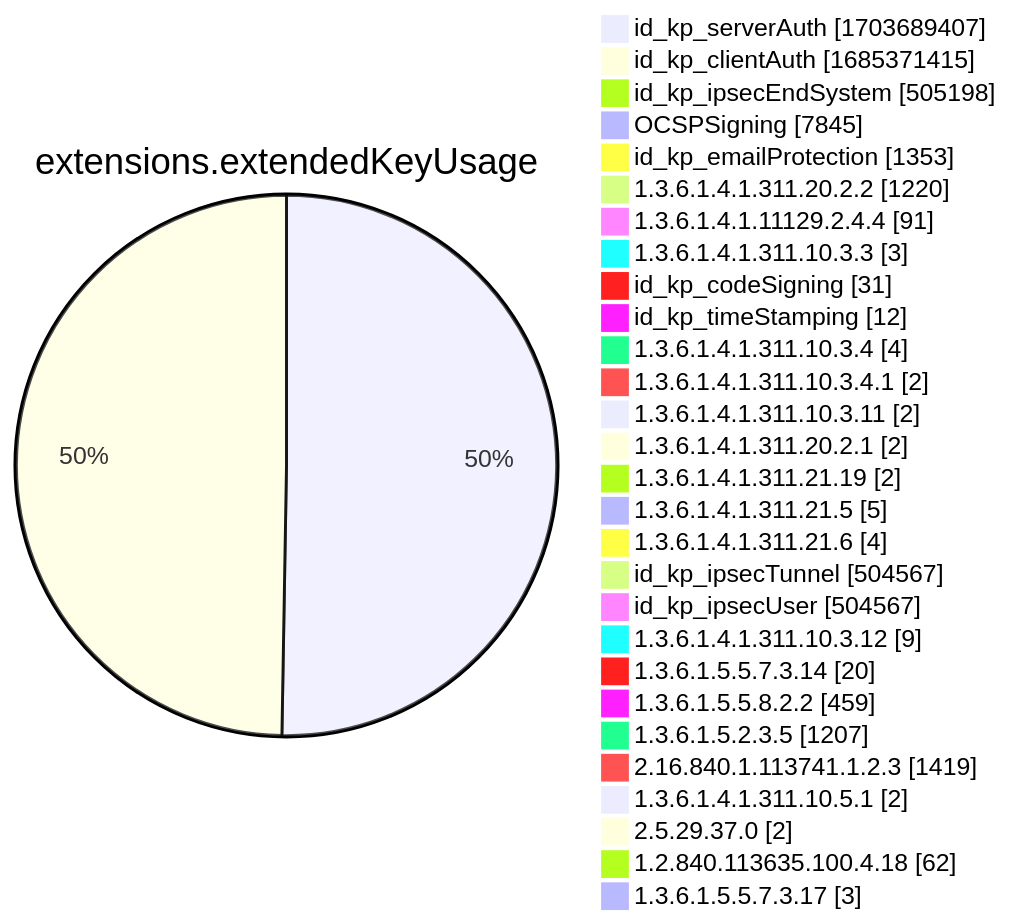
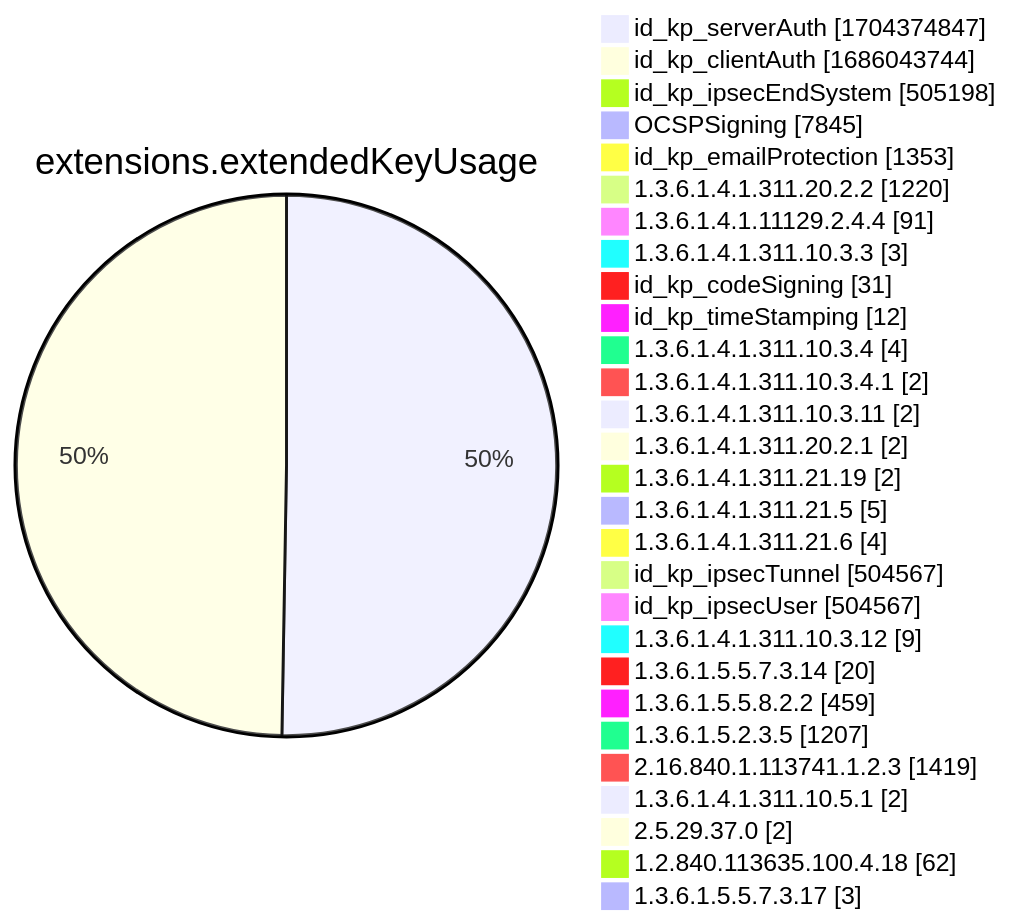
Before and after one commit to christiankrug/ctmonitor_visualization: diagram 12 of 15 in xenon2022/README.md, drawn with Mermaid. The commit also changed other lines of this file, not shown here.

````diff
--- a/xenon2022/README.md
+++ b/xenon2022/README.md
@@ -3888,32 +3888,32 @@
 ```mermaid
 pie showData
 title extensions.extendedKeyUsage
-"id_kp_serverAuth" :1703689407
-"id_kp_clientAuth" :1685371415
+"id_kp_serverAuth" :1704374847
+"id_kp_clientAuth" :1686043744
 "id_kp_ipsecEndSystem" :505198
 "OCSPSigning" :7845
 "id_kp_emailProtection" :1353
 "1.3.6.1.4.1.311.20.2.2" :1220
 "1.3.6.1.4.1.11129.2.4.4" :91
 "1.3.6.1.4.1.311.10.3.3" :3
 "id_kp_codeSigning" :31
 "id_kp_timeStamping" :12
 "1.3.6.1.4.1.311.10.3.4" :4
 "1.3.6.1.4.1.311.10.3.4.1" :2
 "1.3.6.1.4.1.311.10.3.11" :2
 "1.3.6.1.4.1.311.20.2.1" :2
 "1.3.6.1.4.1.311.21.19" :2
 "1.3.6.1.4.1.311.21.5" :5
 "1.3.6.1.4.1.311.21.6" :4
 "id_kp_ipsecTunnel" :504567
 "id_kp_ipsecUser" :504567
 "1.3.6.1.4.1.311.10.3.12" :9
 "1.3.6.1.5.5.7.3.14" :20
 "1.3.6.1.5.5.8.2.2" :459
 "1.3.6.1.5.2.3.5" :1207
 "2.16.840.1.113741.1.2.3" :1419
 "1.3.6.1.4.1.311.10.5.1" :2
 "2.5.29.37.0" :2
 "1.2.840.113635.100.4.18" :62
 "1.3.6.1.5.5.7.3.17" :3
 ```
````
